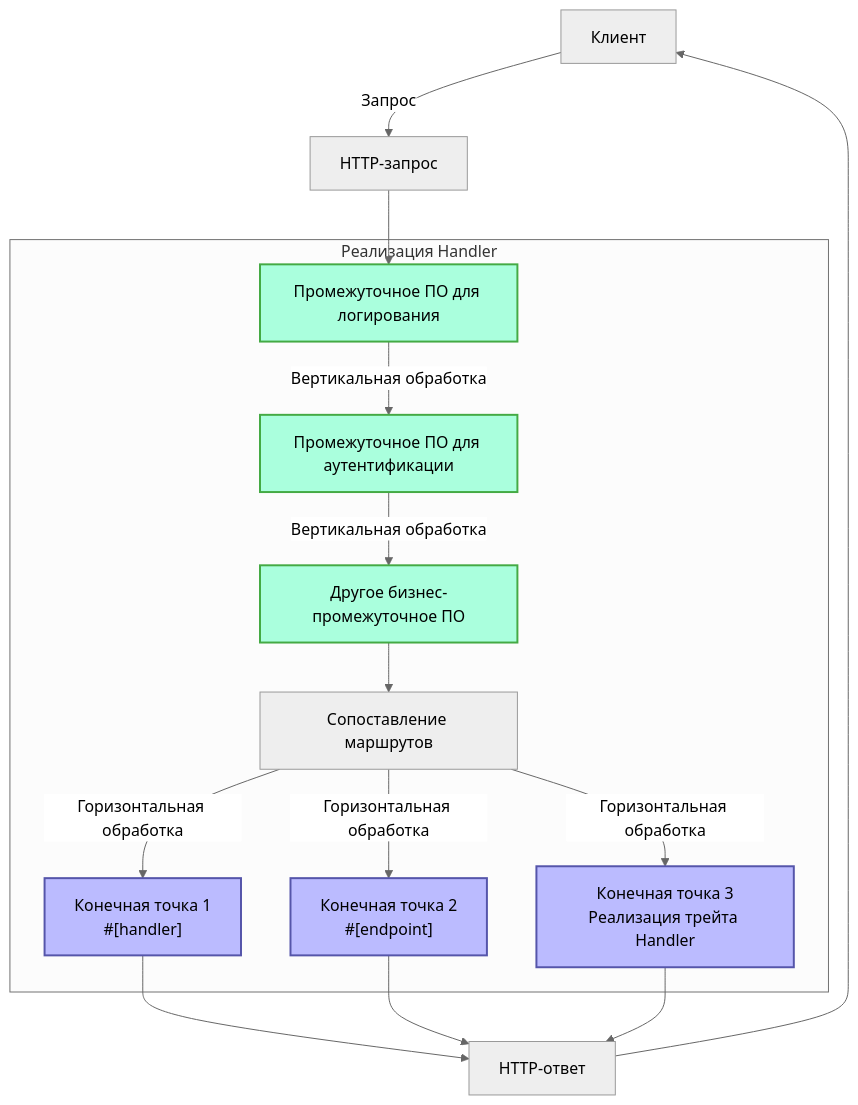
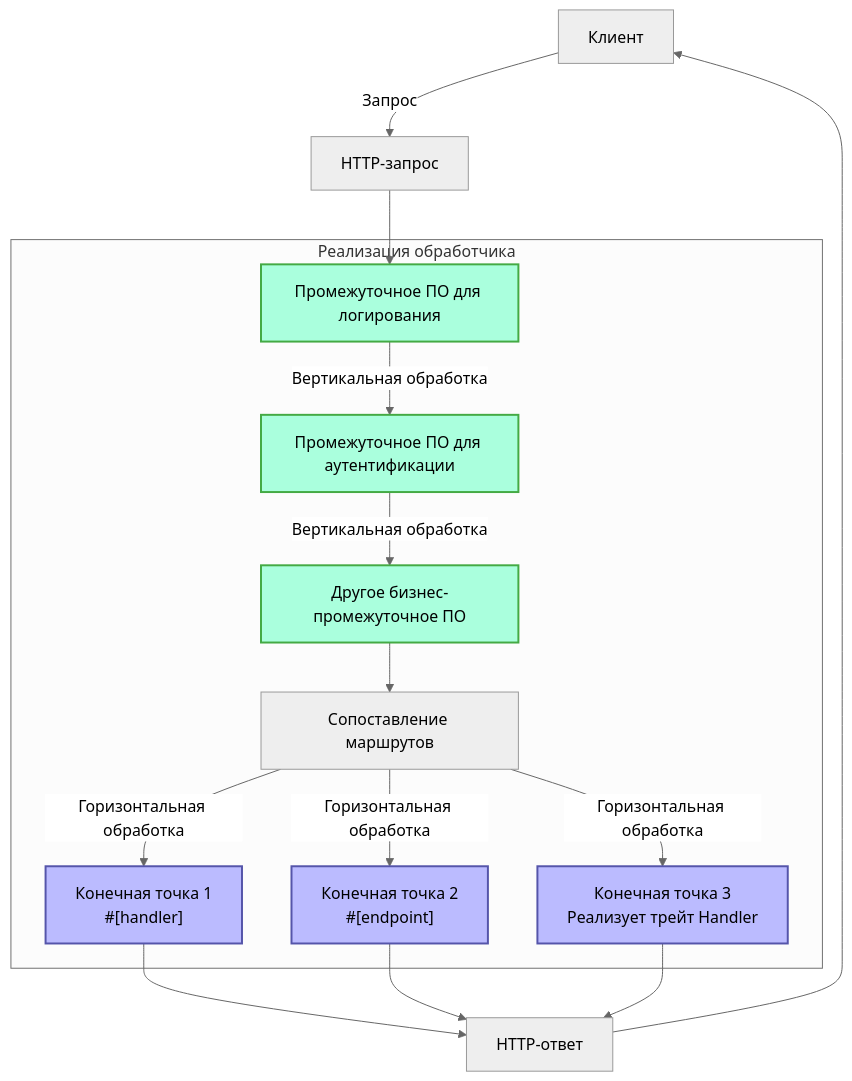
Before and after one commit to salvo-rs/website: the first of 2 diagrams in docs/ru/guide/concepts/handler.mdx, drawn with Mermaid (neutral theme). The commit also changed other lines of this file and 326 other files, not shown here.

````diff
--- a/docs/ru/guide/concepts/handler.mdx
+++ b/docs/ru/guide/concepts/handler.mdx
@@ -15,25 +15,25 @@
 ```mermaid
 flowchart TD
     Client[Клиент] -->|Запрос| Request[HTTP-запрос]
     Request --> M1
 
-    subgraph "Реализация Handler"
+    subgraph "Реализация обработчика"
         M1[Промежуточное ПО для логирования] -->|Вертикальная обработка| M2[Промежуточное ПО для аутентификации] -->|Вертикальная обработка| M3[Другое бизнес-промежуточное ПО]
         M3 --> Router[Сопоставление маршрутов]
 
         Router -->|Горизонтальная обработка| E1["Конечная точка 1<br>#[handler]"]
         Router -->|Горизонтальная обработка| E2["Конечная точка 2<br>#[endpoint]"]
-        Router -->|Горизонтальная обработка| E3["Конечная точка 3<br>Реализация трейта Handler"]
+        Router -->|Горизонтальная обработка| E3["Конечная точка 3<br>Реализует трейт Handler"]
     end
 
     E1 --> Response[HTTP-ответ]
     E2 --> Response
     E3 --> Response
     Response --> Client
 
     classDef middleware fill:#afd,stroke:#4a4,stroke-width:2px;
     classDef endpoint fill:#bbf,stroke:#55a,stroke-width:2px;
 
     class M1,M2,M3 middleware;
     class E1,E2,E3 endpoint;
 ```
````
